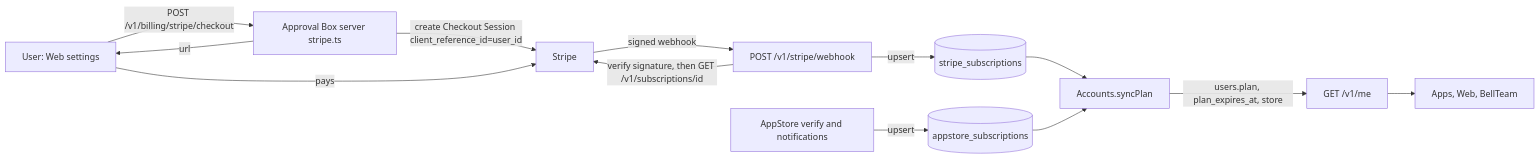
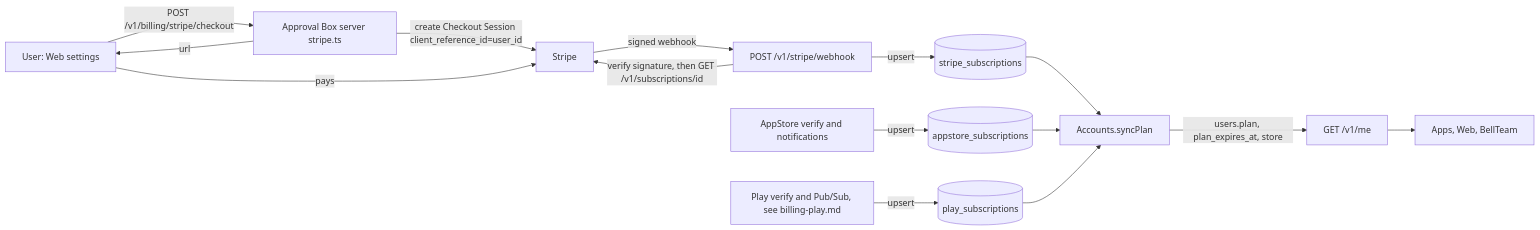
Before and after one commit to kitepon/approval-box: the diagram in docs/billing-stripe.md, drawn with Mermaid. The commit also changed other lines of this file and 13 other files, not shown here.

First line of the commit message:
server: verify Google Play subscriptions and Pub/Sub notifications (API v0.40)

````diff
--- a/docs/billing-stripe.md
+++ b/docs/billing-stripe.md
@@ -24,15 +25,17 @@
 ```mermaid
 flowchart LR
   U[User: Web settings] -->|POST /v1/billing/stripe/checkout| S[Approval Box server stripe.ts]
   S -->|create Checkout Session client_reference_id=user_id| ST[Stripe]
   S -->|url| U
   U -->|pays| ST
   ST -->|signed webhook| W[POST /v1/stripe/webhook]
   W -->|verify signature, then GET /v1/subscriptions/id| ST
   W -->|upsert| T[(stripe_subscriptions)]
   A[AppStore verify and notifications] -->|upsert| T2[(appstore_subscriptions)]
+  G[Play verify and Pub/Sub, see billing-play.md] -->|upsert| T3[(play_subscriptions)]
   T --> P[Accounts.syncPlan]
   T2 --> P
+  T3 --> P
   P -->|users.plan, plan_expires_at, store| ME[GET /v1/me]
   ME --> R[Apps, Web, BellTeam]
 ```
````
